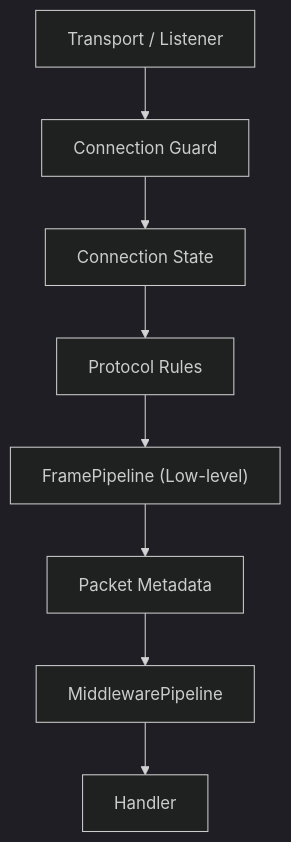
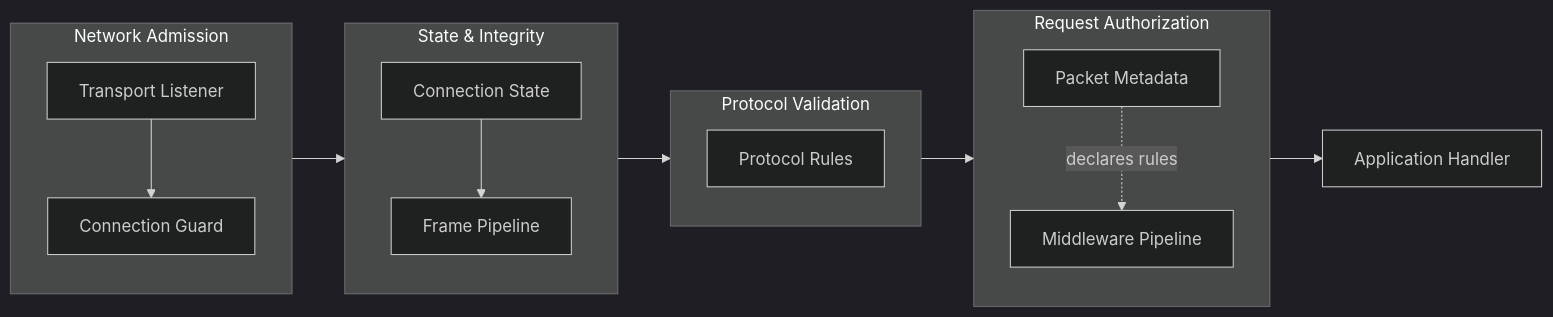
One commit to ppn-systems/Nalix changed the diagram in docs/concepts/security/security-architecture.md. Above: the diagram before and after it, drawn with Mermaid (dark theme). The commit also changed 252 other files, not shown here.

````diff
--- a/docs/concepts/security/security-architecture.md
+++ b/docs/concepts/security/security-architecture.md
@@ -23,10 +23,35 @@
 ```mermaid
-flowchart TD
-    A["Transport / Listener"] --> B["Connection Guard"]
-    B --> C["Connection State"]
-    C --> D["Protocol Rules"]
-    D --> E["FramePipeline (Low-level)"]
-    E --> F["Packet Metadata"]
-    F --> G["MiddlewarePipeline"]
-    G --> H["Handler"]
+flowchart LR
+    subgraph Net ["Network Admission"]
+        direction TB
+        Listener["Transport Listener"]
+        Guard["Connection Guard"]
+    end
+
+    subgraph Crypt ["State & Integrity"]
+        direction TB
+        State["Connection State"]
+        Frames["Frame Pipeline"]
+    end
+
+    subgraph Routing ["Protocol Validation"]
+        direction TB
+        Proto["Protocol Rules"]
+    end
+
+    subgraph Auth ["Request Authorization"]
+        direction TB
+        Mw["Middleware Pipeline"]
+        Meta["Packet Metadata"]
+    end
+
+    App["Application Handler"]
+
+    Listener --> Guard
+    Guard --> State
+    State --> Frames
+    Frames --> Proto
+    Proto --> Mw
+    Meta -. "declares rules" .-> Mw
+    Mw --> App
 ```
````
